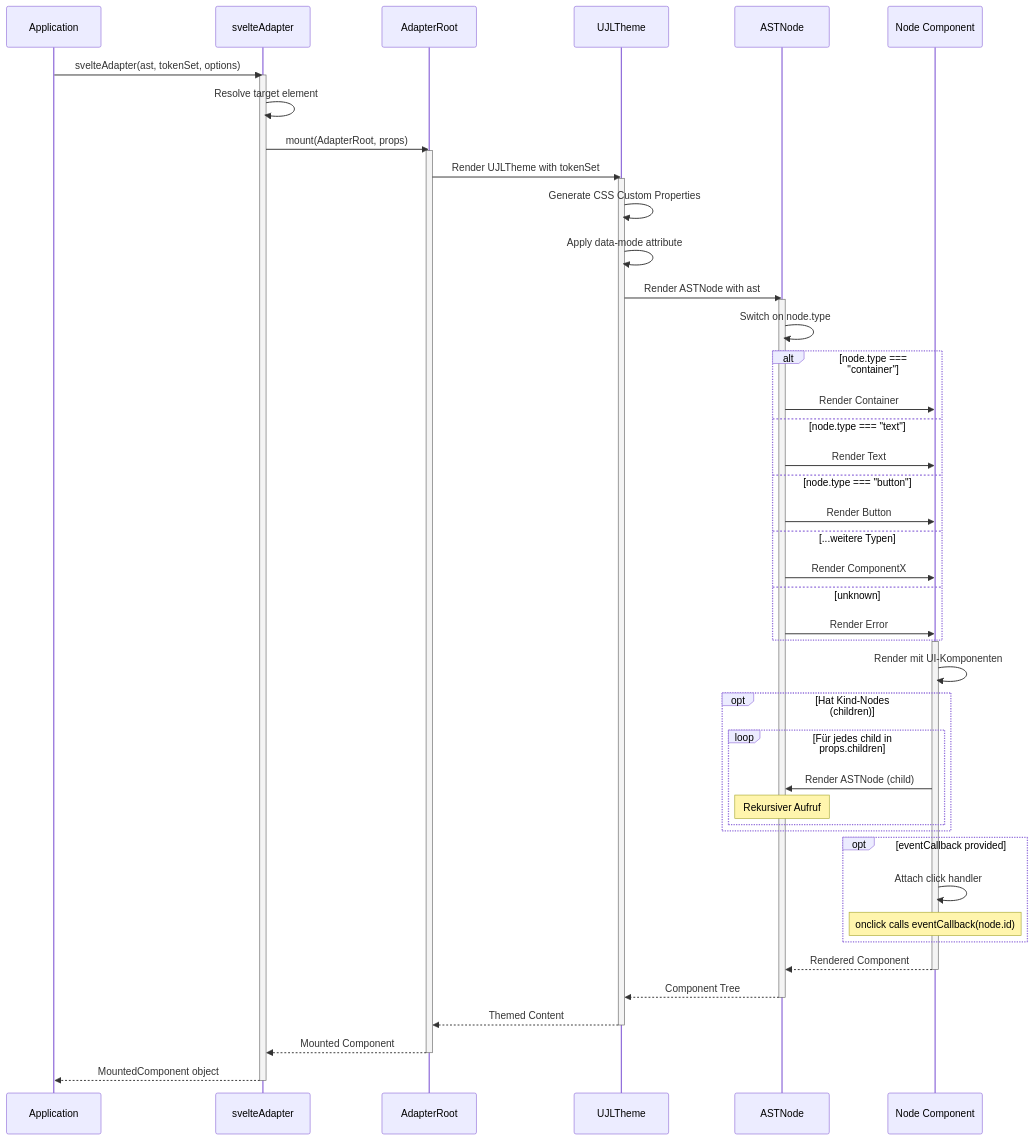
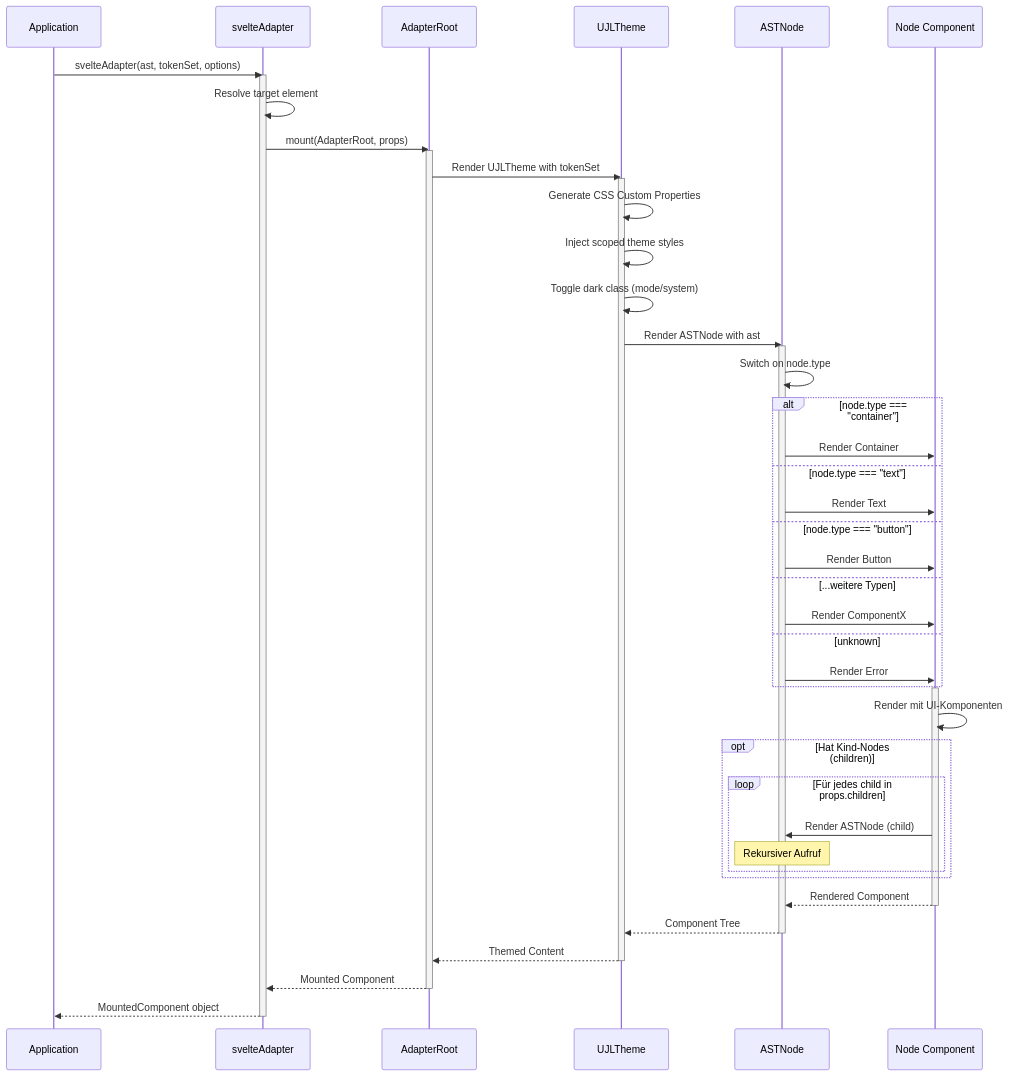
The third of 13 diagrams in apps/docs/src/arc42/06-runtime-view.md (mainzcript/ujl), drawn with Mermaid before and after one commit. The commit also changed other lines of this file and 10 other files, not shown here.

Commit message:
refactor: update architecture documentation to clarify UJL's structure, including detailed descriptions of content and design separation, image storage strategies, and the role of the Crafter in editor workflows, while enhancing overall clarity and consistency across sections

````diff
--- a/apps/docs/src/arc42/06-runtime-view.md
+++ b/apps/docs/src/arc42/06-runtime-view.md
@@ -368,68 +371,64 @@
 ```mermaid
 sequenceDiagram
     participant App as Application
     participant Adapter as svelteAdapter
     participant Root as AdapterRoot
     participant Theme as UJLTheme
     participant ASTRouter as ASTNode
     participant NodeComp as Node Component
 
     App->>Adapter: svelteAdapter(ast, tokenSet, options)
     activate Adapter
 
     Adapter->>Adapter: Resolve target element
     Adapter->>Root: mount(AdapterRoot, props)
     activate Root
 
     Root->>Theme: Render UJLTheme with tokenSet
     activate Theme
     Theme->>Theme: Generate CSS Custom Properties
-    Theme->>Theme: Apply data-mode attribute
+    Theme->>Theme: Inject scoped theme styles
+    Theme->>Theme: Toggle dark class (mode/system)
 
     Theme->>ASTRouter: Render ASTNode with ast
     activate ASTRouter
 
     ASTRouter->>ASTRouter: Switch on node.type
 
     alt node.type === "container"
         ASTRouter->>NodeComp: Render Container
     else node.type === "text"
         ASTRouter->>NodeComp: Render Text
     else node.type === "button"
         ASTRouter->>NodeComp: Render Button
     else ...weitere Typen
         ASTRouter->>NodeComp: Render ComponentX
     else unknown
         ASTRouter->>NodeComp: Render Error
     end
 
     activate NodeComp
     NodeComp->>NodeComp: Render mit UI-Komponenten
 
     opt Hat Kind-Nodes (children)
         loop Für jedes child in props.children
             NodeComp->>ASTRouter: Render ASTNode (child)
             Note over ASTRouter: Rekursiver Aufruf
         end
     end
 
-    opt eventCallback provided
-        NodeComp->>NodeComp: Attach click handler
-        Note over NodeComp: onclick calls eventCallback(node.id)
-    end
-
     NodeComp-->>ASTRouter: Rendered Component
     deactivate NodeComp
 
     ASTRouter-->>Theme: Component Tree
     deactivate ASTRouter
 
     Theme-->>Root: Themed Content
     deactivate Theme
 
     Root-->>Adapter: Mounted Component
     deactivate Root
 
     Adapter-->>App: MountedComponent object
     deactivate Adapter
 ```
````
